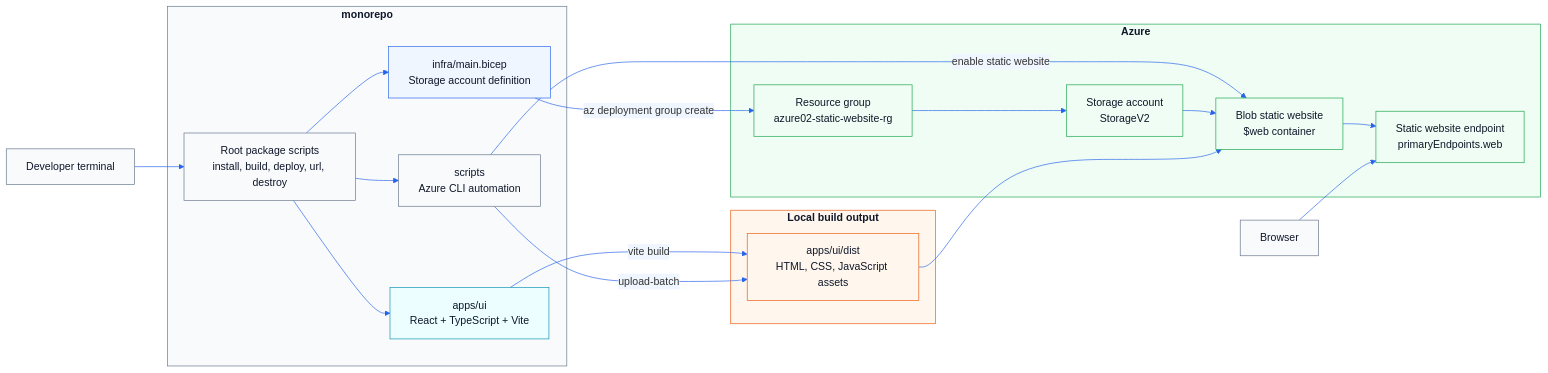
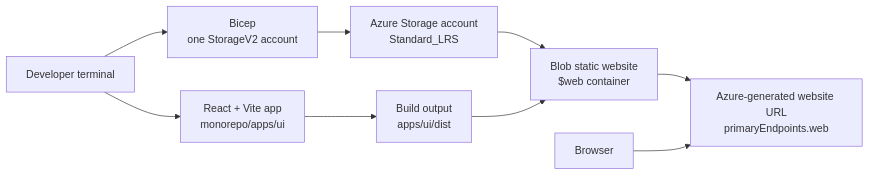
Before and after one commit to RichardBrayCourses/azure02-deploy-website-to-azure: the diagram in README.md, drawn with Mermaid. The commit also changed other lines of this file and 5 other files, not shown here.

````diff
--- a/README.md
+++ b/README.md
@@ -23,54 +13,20 @@
 ```mermaid
-%%{init: {"themeVariables": {"lineColor": "#2563eb", "edgeLabelBackground": "#eff6ff"}, "themeCSS": ".edgeLabel rect { fill: #eff6ff !important; opacity: 1 !important; } .edgeLabel text, .edgeLabel span { fill: #0f172a !important; color: #0f172a !important; }"}}%%
 flowchart LR
-  learner[Developer terminal]
+  terminal[Developer terminal]
+  ui[React + Vite app<br/>monorepo/apps/ui]
+  dist[Build output<br/>apps/ui/dist]
+  bicep[Bicep<br/>one StorageV2 account]
+  storage[Azure Storage account<br/>Standard_LRS]
+  web[Blob static website<br/>$web container]
+  endpoint[Azure-generated website URL<br/>primaryEndpoints.web]
   browser[Browser]
 
-  subgraph Monorepo["<b>monorepo</b>"]
-    rootScripts["Root package scripts<br/>install, build, deploy, url, destroy"]
-    ui["apps/ui<br/>React + TypeScript + Vite"]
-    infra["infra/main.bicep<br/>Storage account definition"]
-    scripts["scripts<br/>Azure CLI automation"]
-  end
-
-  subgraph Build["<b>Local build output</b>"]
-    dist["apps/ui/dist<br/>HTML, CSS, JavaScript assets"]
-  end
-
-  subgraph Azure["<b>Azure</b>"]
-    resourceGroup["Resource group<br/>azure02-static-website-rg"]
-    storage["Storage account<br/>StorageV2"]
-    staticSite["Blob static website<br/>$web container"]
-    endpoint["Static website endpoint<br/>primaryEndpoints.web"]
-  end
-
-  learner --> rootScripts
-  rootScripts --> ui
-  rootScripts --> infra
-  rootScripts --> scripts
-  ui -- vite build --> dist
-  infra -- az deployment group create --> resourceGroup
-  resourceGroup --> storage
-  scripts -- enable static website --> staticSite
-  storage --> staticSite
-  scripts -- upload-batch --> dist
-  dist --> staticSite
-  staticSite --> endpoint
+  terminal --> ui
+  terminal --> bicep
+  ui --> dist
+  bicep --> storage
+  storage --> web
+  dist --> web
+  web --> endpoint
   browser --> endpoint
-
-  classDef local fill:#f8fafc,stroke:#64748b,color:#0f172a
-  classDef app fill:#ecfeff,stroke:#0891b2,color:#0f172a
-  classDef infraClass fill:#eff6ff,stroke:#2563eb,color:#0f172a
-  classDef azure fill:#f0fdf4,stroke:#16a34a,color:#0f172a
-  classDef output fill:#fff7ed,stroke:#ea580c,color:#0f172a
-
-  class learner,browser,rootScripts,scripts local
-  class ui app
-  class infra infraClass
-  class resourceGroup,storage,staticSite,endpoint azure
-  class dist output
-
-  style Monorepo fill:#f8fafc,stroke:#64748b,color:#0f172a
-  style Build fill:#fff7ed,stroke:#ea580c,color:#0f172a
-  style Azure fill:#f0fdf4,stroke:#16a34a,color:#0f172a
 ```
````
